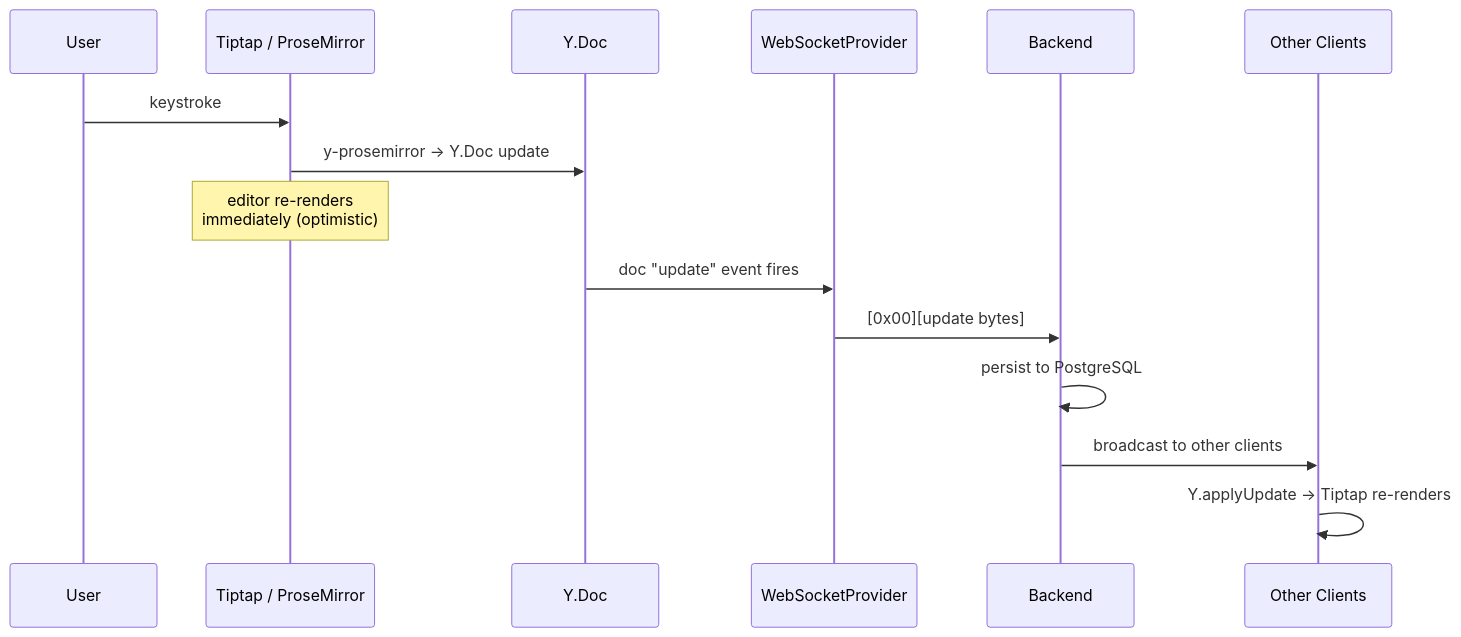
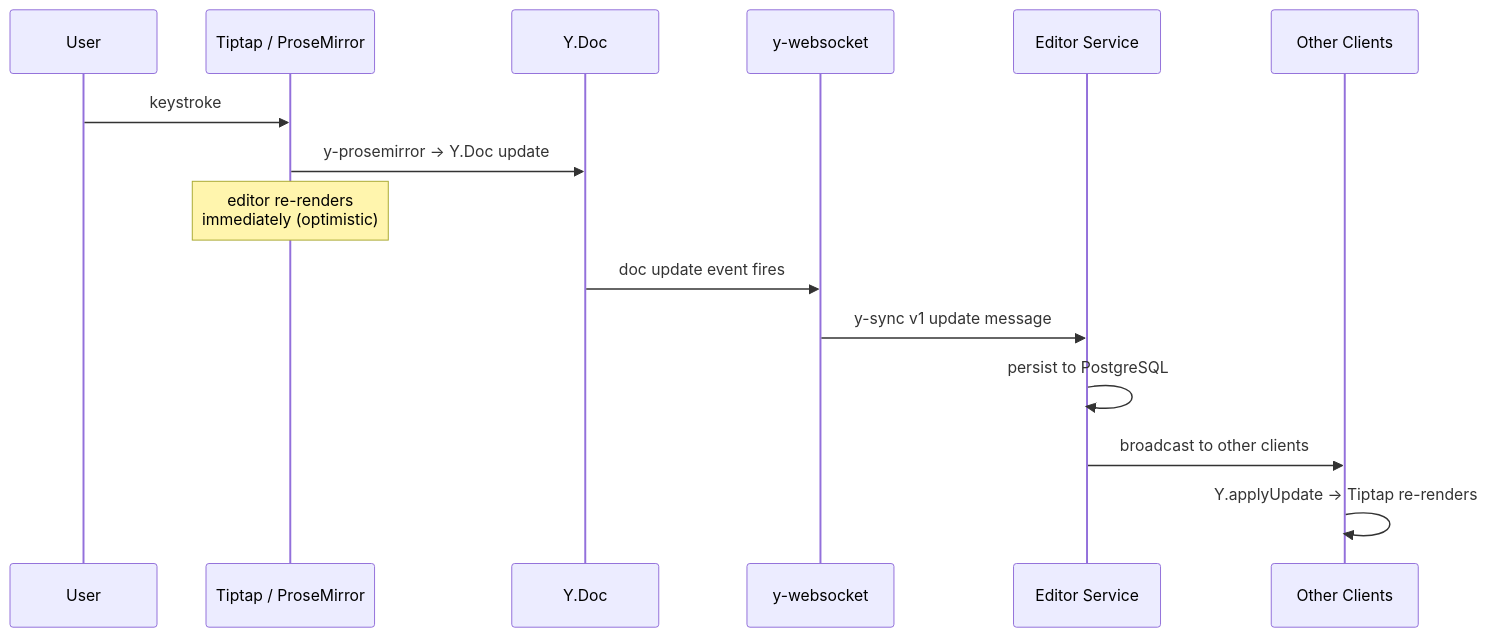
Before and after one commit to MySeaLeeOom/basic_structure: the ninth of 13 diagrams in srcs/requirements/frontend/docs/dev/tiptap-yjs-summary.md, drawn with Mermaid. The commit also changed other lines of this file and 6 other files, not shown here.

First line of the commit message:
Update dev docs for y-websocket architecture and condense obsolete content

````diff
--- a/srcs/requirements/frontend/docs/dev/tiptap-yjs-summary.md
+++ b/srcs/requirements/frontend/docs/dev/tiptap-yjs-summary.md
@@ -547,18 +473,18 @@
 ```mermaid
 sequenceDiagram
     participant User
     participant Tiptap as Tiptap / ProseMirror
     participant YDoc as Y.Doc
-    participant WSP as WebSocketProvider
-    participant Server as Backend
+    participant YWS as y-websocket
+    participant Server as Editor Service
     participant Remote as Other Clients
 
     User->>Tiptap: keystroke
     Tiptap->>YDoc: y-prosemirror → Y.Doc update
     Note over Tiptap: editor re-renders<br/>immediately (optimistic)
-    YDoc->>WSP: doc "update" event fires
-    WSP->>Server: [0x00][update bytes]
+    YDoc->>YWS: doc update event fires
+    YWS->>Server: y-sync v1 update message
     Server->>Server: persist to PostgreSQL
     Server->>Remote: broadcast to other clients
     Remote->>Remote: Y.applyUpdate → Tiptap re-renders
 ```
````
